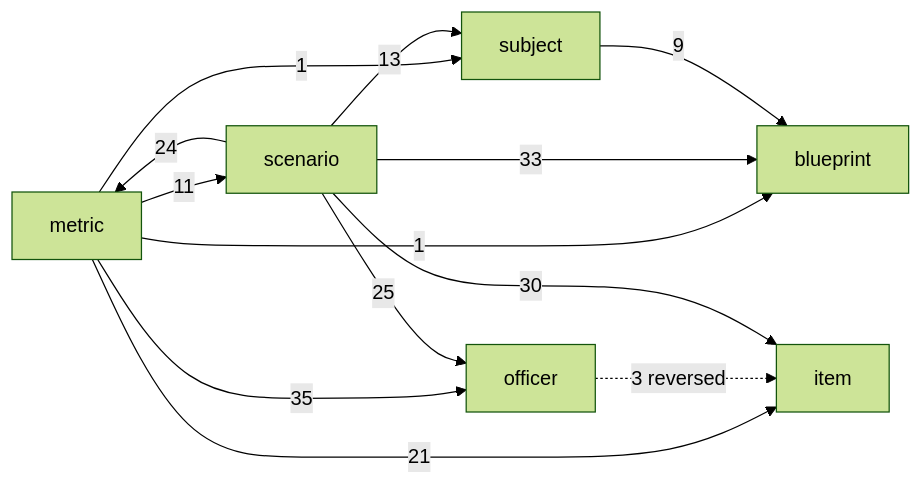
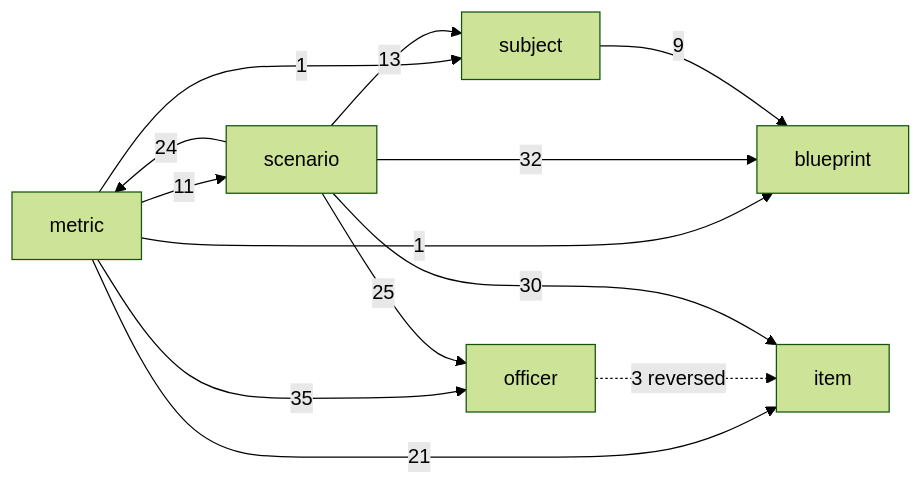
One commit to geraldmaron/tactically-idle changed the diagram in docs/architecture.md. Above: the diagram before and after it, drawn with Mermaid (forest theme). The commit also changed other lines of this file and 6 other files, not shown here.

````diff
--- a/docs/architecture.md
+++ b/docs/architecture.md
@@ -39,15 +39,15 @@
 ```mermaid
 flowchart LR
   metric -->|1| blueprint
   metric -->|21| item
   metric -->|35| officer
   metric -->|11| scenario
   metric -->|1| subject
   officer -.->|3 reversed| item
-  scenario -->|33| blueprint
+  scenario -->|32| blueprint
   scenario -->|30| item
   scenario -->|24| metric
   scenario -->|25| officer
   scenario -->|13| subject
   subject -->|9| blueprint
 ```
````
